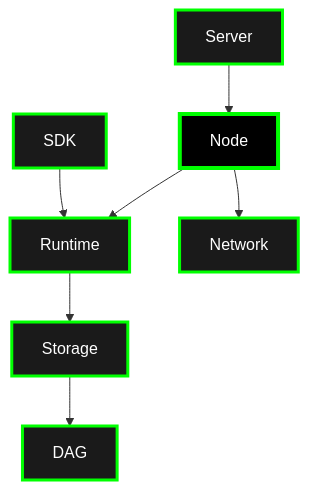
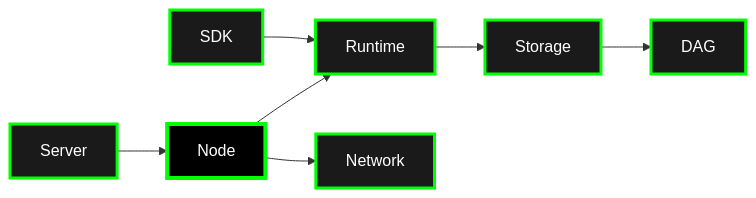
The sixth of 6 diagrams in docs/core-concepts/architecture.md (calimero-network/docs), drawn with Mermaid before and after one commit. The commit also changed other lines of this file and 6 other files, not shown here.

````diff
--- a/docs/core-concepts/architecture.md
+++ b/docs/core-concepts/architecture.md
@@ -132,17 +127,17 @@
 ```mermaid
-flowchart TD
-    SDK[SDK] --> RUNTIME[Runtime]
+flowchart LR
+    SERVER[Server] --> NODE[Node]
+    NODE --> RUNTIME[Runtime]
+    NODE --> NETWORK[Network]
+    SDK[SDK] --> RUNTIME
     RUNTIME --> STORAGE[Storage]
     STORAGE --> DAG[DAG]
-    NODE[Node] --> RUNTIME
-    NODE --> NETWORK[Network]
-    SERVER[Server] --> NODE
     
     style SDK fill:#1a1a1a,stroke:#00ff00,stroke-width:3px,color:#ffffff
     style RUNTIME fill:#1a1a1a,stroke:#00ff00,stroke-width:3px,color:#ffffff
     style STORAGE fill:#1a1a1a,stroke:#00ff00,stroke-width:3px,color:#ffffff
     style DAG fill:#1a1a1a,stroke:#00ff00,stroke-width:3px,color:#ffffff
     style NODE fill:#000000,stroke:#00ff00,stroke-width:4px,color:#ffffff
     style NETWORK fill:#1a1a1a,stroke:#00ff00,stroke-width:3px,color:#ffffff
     style SERVER fill:#1a1a1a,stroke:#00ff00,stroke-width:3px,color:#ffffff
 ```
````
